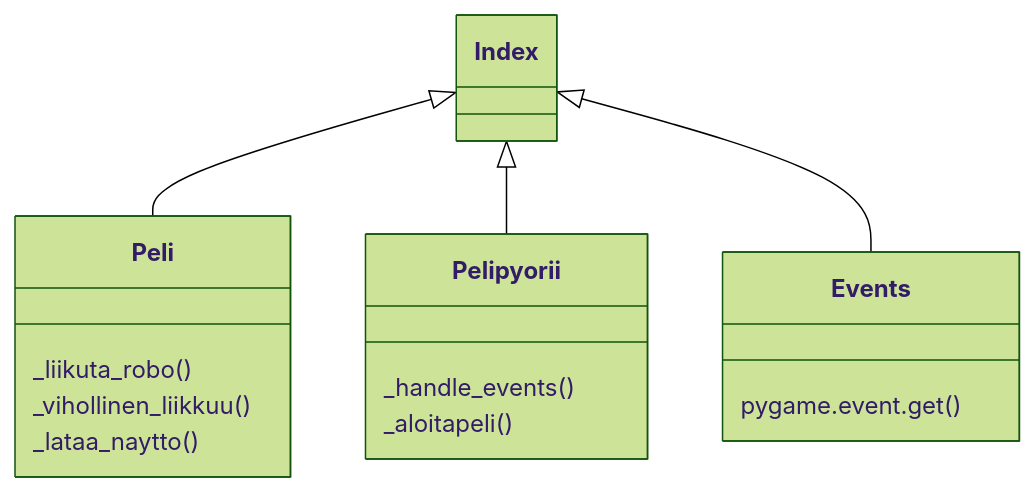
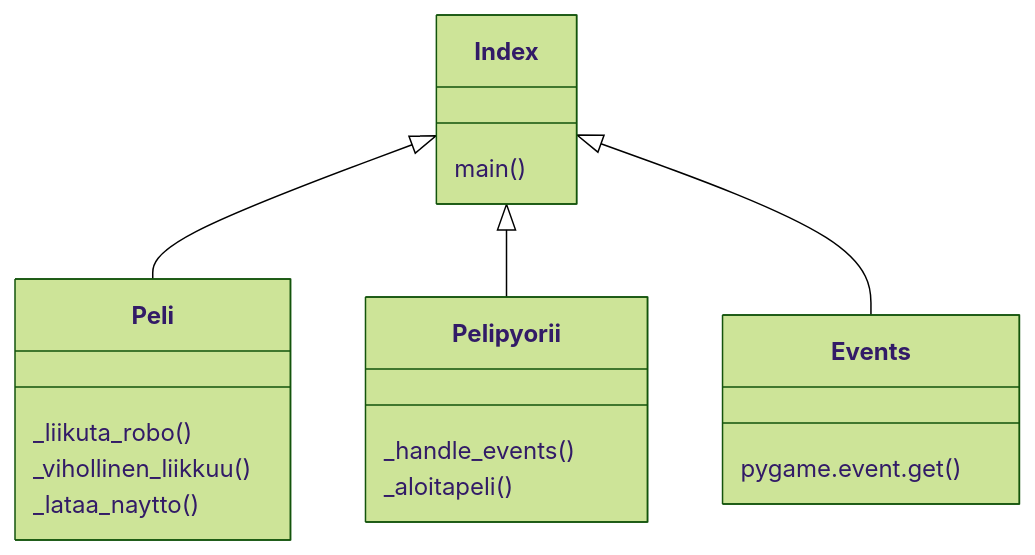
The diagram in dokumentaatio/arkkitehtuuri.md (nicolaskivimaki/Pac-Man), drawn with Mermaid (forest theme) before and after one commit.

````diff
--- a/dokumentaatio/arkkitehtuuri.md
+++ b/dokumentaatio/arkkitehtuuri.md
@@ -1,29 +1,34 @@
 ```mermaid
 classDiagram
   Index<|--Peli
   Index<|--Pelipyorii
   Index<|--Events
+  
+  class Index{
+  main()
+
+  }
 
   class Pelipyorii{
     _handle_events()
     _aloitapeli()
 
   }
   
   
   class Peli{
   
   _liikuta_robo()
   _vihollinen_liikkuu()
   _lataa_naytto()
 
 
   }
 
   class Events{
     pygame.event.get()
 
   }
  
 
 ```
````
